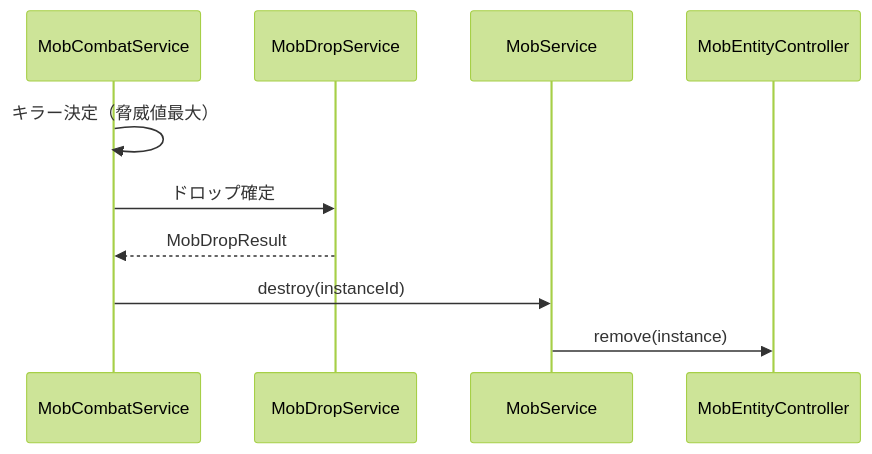
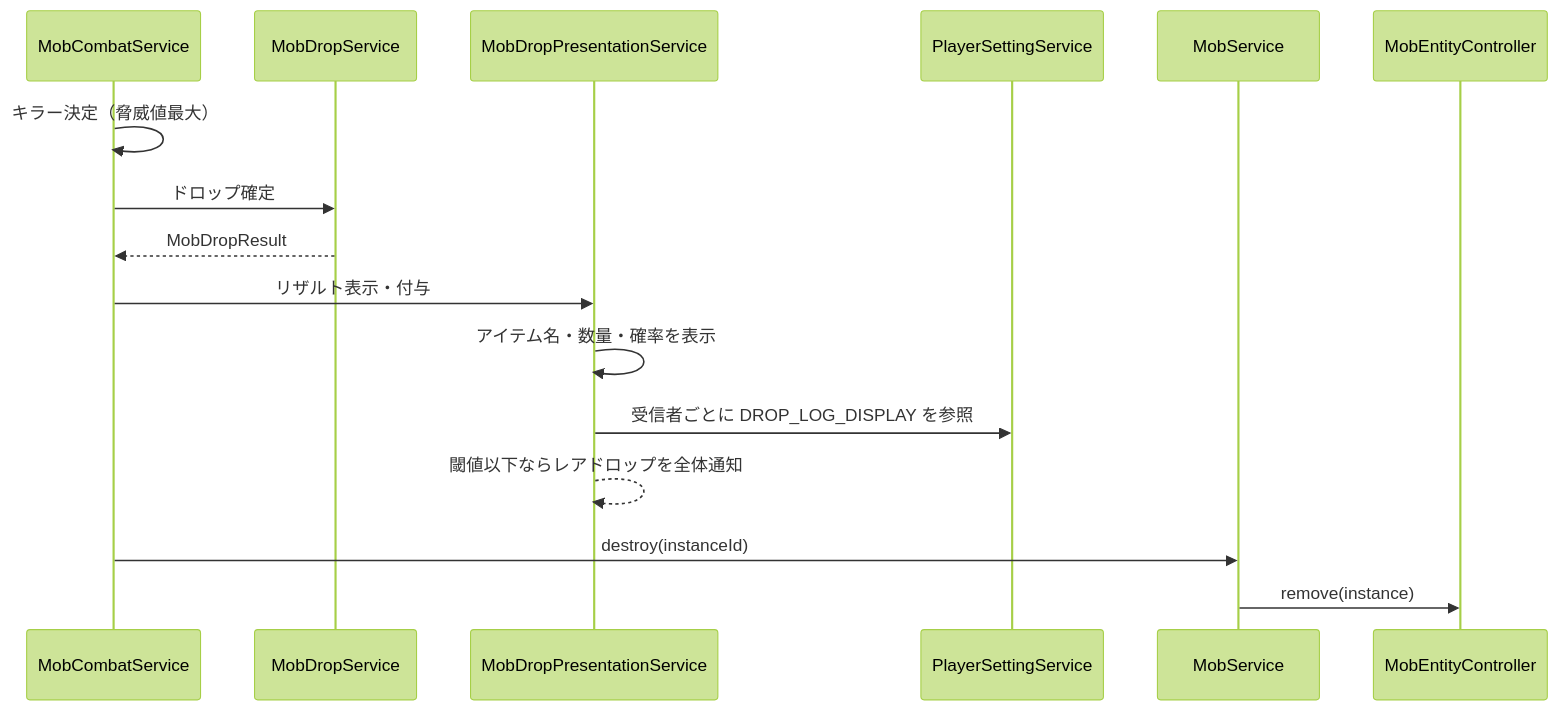
One commit to maaasu/AstralRecord-Workspace changed the fifth of 5 diagrams in 00_docs/10_プラグイン設計書/feature/12-mob/4-統合フロー/12_4.00-統合フロー.md. Above: the diagram before and after it, drawn with Mermaid (forest theme). The commit also changed 21 other files, not shown here.

````diff
--- a/00_docs/10_プラグイン設計書/feature/12-mob/4-統合フロー/12_4.00-統合フロー.md
+++ b/00_docs/10_プラグイン設計書/feature/12-mob/4-統合フロー/12_4.00-統合フロー.md
@@ -119,13 +119,19 @@
 ```mermaid
 sequenceDiagram
     participant CB as MobCombatService
     participant D as MobDropService
+    participant P as MobDropPresentationService
+    participant PS as PlayerSettingService
     participant S as MobService
     participant E as MobEntityController
 
     CB->>CB: キラー決定（脅威値最大）
     CB->>D: ドロップ確定
     D-->>CB: MobDropResult
+    CB->>P: リザルト表示・付与
+    P->>P: アイテム名・数量・確率を表示
+    P->>PS: 受信者ごとに DROP_LOG_DISPLAY を参照
+    P-->>P: 閾値以下ならレアドロップを全体通知
     CB->>S: destroy(instanceId)
     S->>E: remove(instance)
 ```
````
